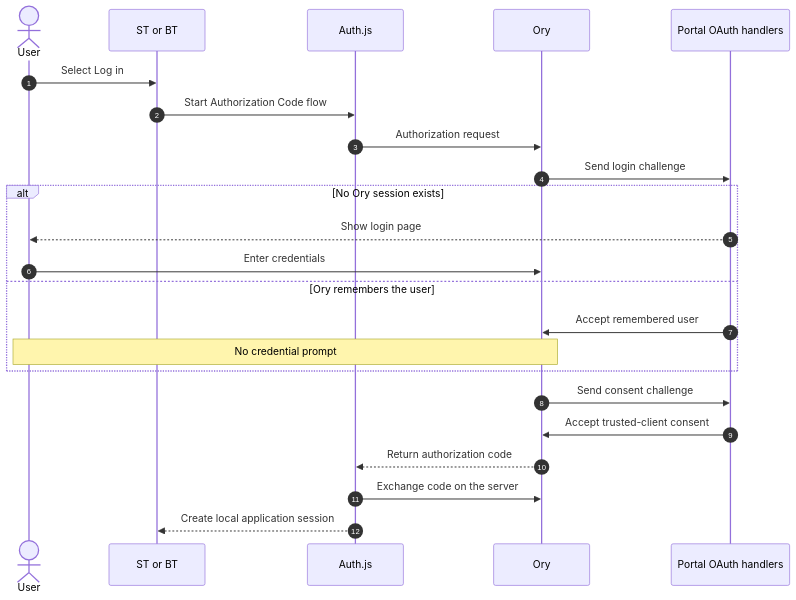
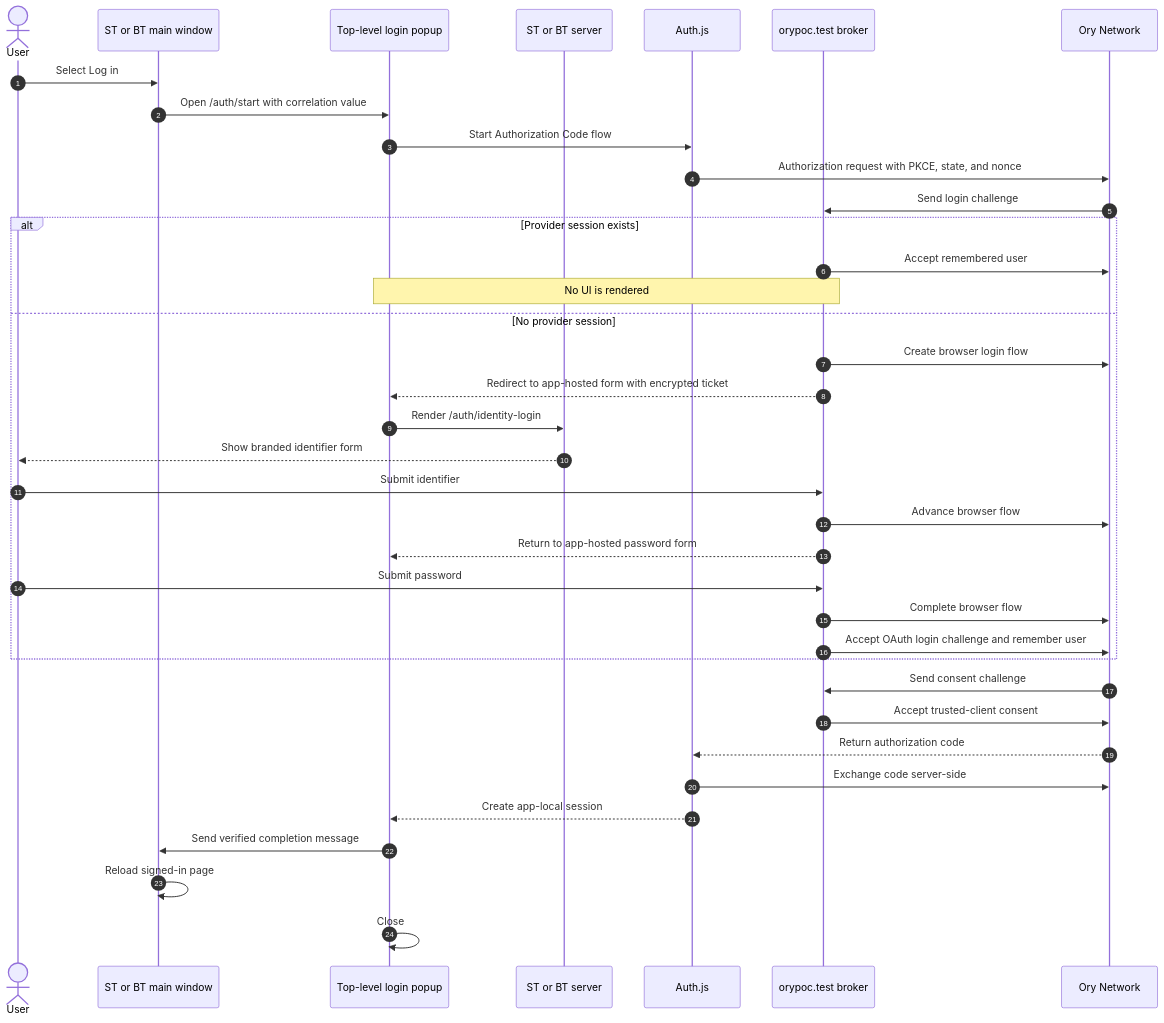
Before and after one commit to blue-rigel/ory-poc: the second of 3 diagrams in SSO.md, drawn with Mermaid. The commit also changed other lines of this file and 13 other files, not shown here.

Commit message:
feat: revamp sso flow

````diff
--- a/SSO.md
+++ b/SSO.md
@@ -28,28 +58,42 @@
 ```mermaid
 sequenceDiagram
     autonumber
     actor User
-    participant App as ST or BT
+    participant Main as ST or BT main window
+    participant Popup as Top-level login popup
+    participant App as ST or BT server
     participant Auth as Auth.js
-    participant Ory as Ory
-    participant Portal as Portal OAuth handlers
+    participant Portal as orypoc.test broker
+    participant Ory as Ory Network
 
-    User->>App: Select Log in
-    App->>Auth: Start Authorization Code flow
-    Auth->>Ory: Authorization request
+    User->>Main: Select Log in
+    Main->>Popup: Open /auth/start with correlation value
+    Popup->>Auth: Start Authorization Code flow
+    Auth->>Ory: Authorization request with PKCE, state, and nonce
     Ory->>Portal: Send login challenge
 
-    alt No Ory session exists
-        Portal-->>User: Show login page
-        User->>Ory: Enter credentials
-    else Ory remembers the user
+    alt Provider session exists
         Portal->>Ory: Accept remembered user
-        Note over User,Ory: No credential prompt
+        Note over Popup,Portal: No UI is rendered
+    else No provider session
+        Portal->>Ory: Create browser login flow
+        Portal-->>Popup: Redirect to app-hosted form with encrypted ticket
+        Popup->>App: Render /auth/identity-login
+        App-->>User: Show branded identifier form
+        User->>Portal: Submit identifier
+        Portal->>Ory: Advance browser flow
+        Portal-->>Popup: Return to app-hosted password form
+        User->>Portal: Submit password
+        Portal->>Ory: Complete browser flow
+        Portal->>Ory: Accept OAuth login challenge and remember user
     end
 
     Ory->>Portal: Send consent challenge
     Portal->>Ory: Accept trusted-client consent
     Ory-->>Auth: Return authorization code
-    Auth->>Ory: Exchange code on the server
-    Auth-->>App: Create local application session
+    Auth->>Ory: Exchange code server-side
+    Auth-->>Popup: Create app-local session
+    Popup->>Main: Send verified completion message
+    Main->>Main: Reload signed-in page
+    Popup->>Popup: Close
 ```
````
